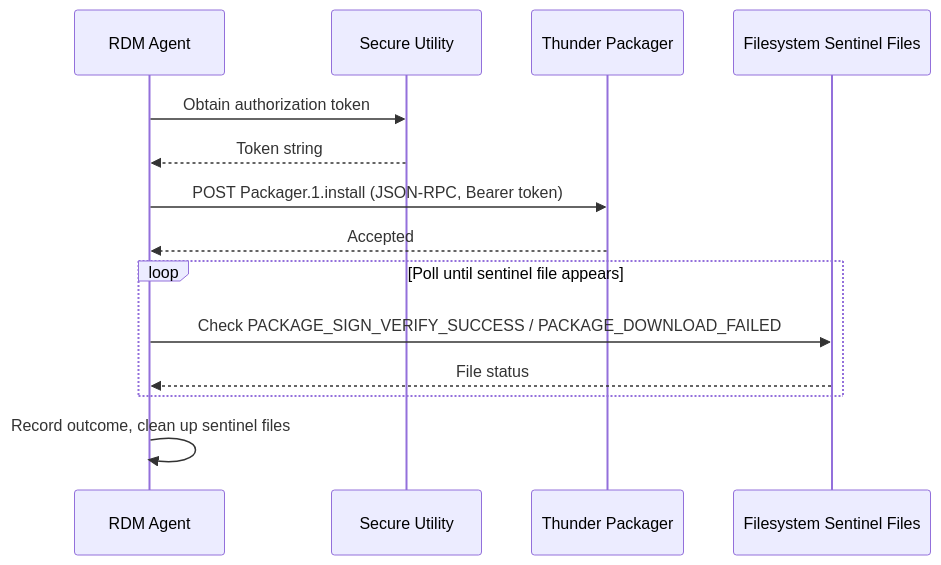
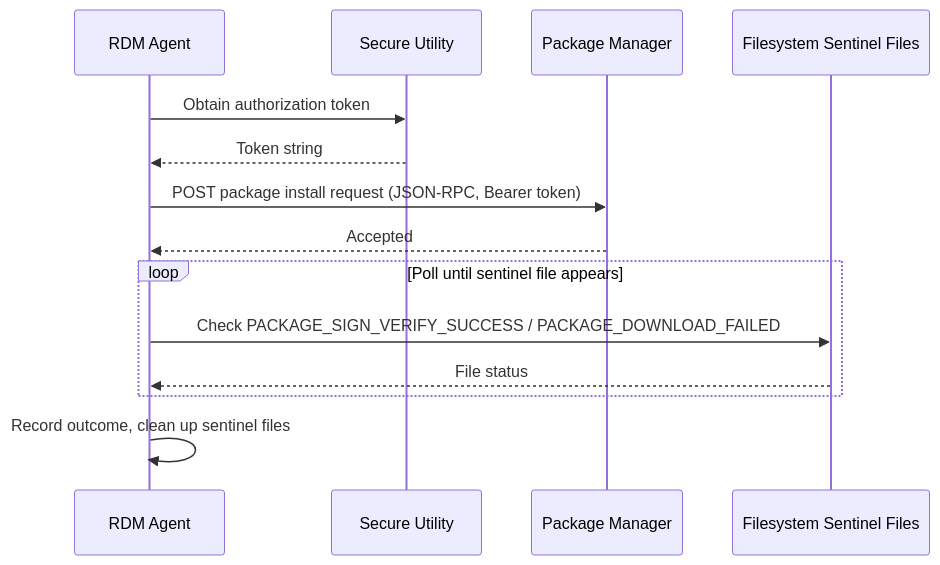
One commit to rns21/RDK_Documentation changed the seventh of 7 diagrams in docs/docu/RDKV-Documentations/rdm-agent.md. Above: the diagram before and after it, drawn with Mermaid. The commit also changed other lines of this file, not shown here.

````diff
--- a/docs/docu/RDKV-Documentations/rdm-agent.md
+++ b/docs/docu/RDKV-Documentations/rdm-agent.md
@@ -344,17 +344,17 @@
 ```mermaid
 sequenceDiagram
     participant RDM as RDM Agent
     participant SecUtil as Secure Utility
-    participant Thunder as Thunder Packager
+    participant Thunder as Package Manager
     participant FS as Filesystem Sentinel Files
 
     RDM->>SecUtil: Obtain authorization token
     SecUtil-->>RDM: Token string
-    RDM->>Thunder: POST Packager.1.install (JSON-RPC, Bearer token)
+    RDM->>Thunder: POST package install request (JSON-RPC, Bearer token)
     Thunder-->>RDM: Accepted
     loop Poll until sentinel file appears
         RDM->>FS: Check PACKAGE_SIGN_VERIFY_SUCCESS / PACKAGE_DOWNLOAD_FAILED
         FS-->>RDM: File status
     end
     RDM->>RDM: Record outcome, clean up sentinel files
 ```
````
